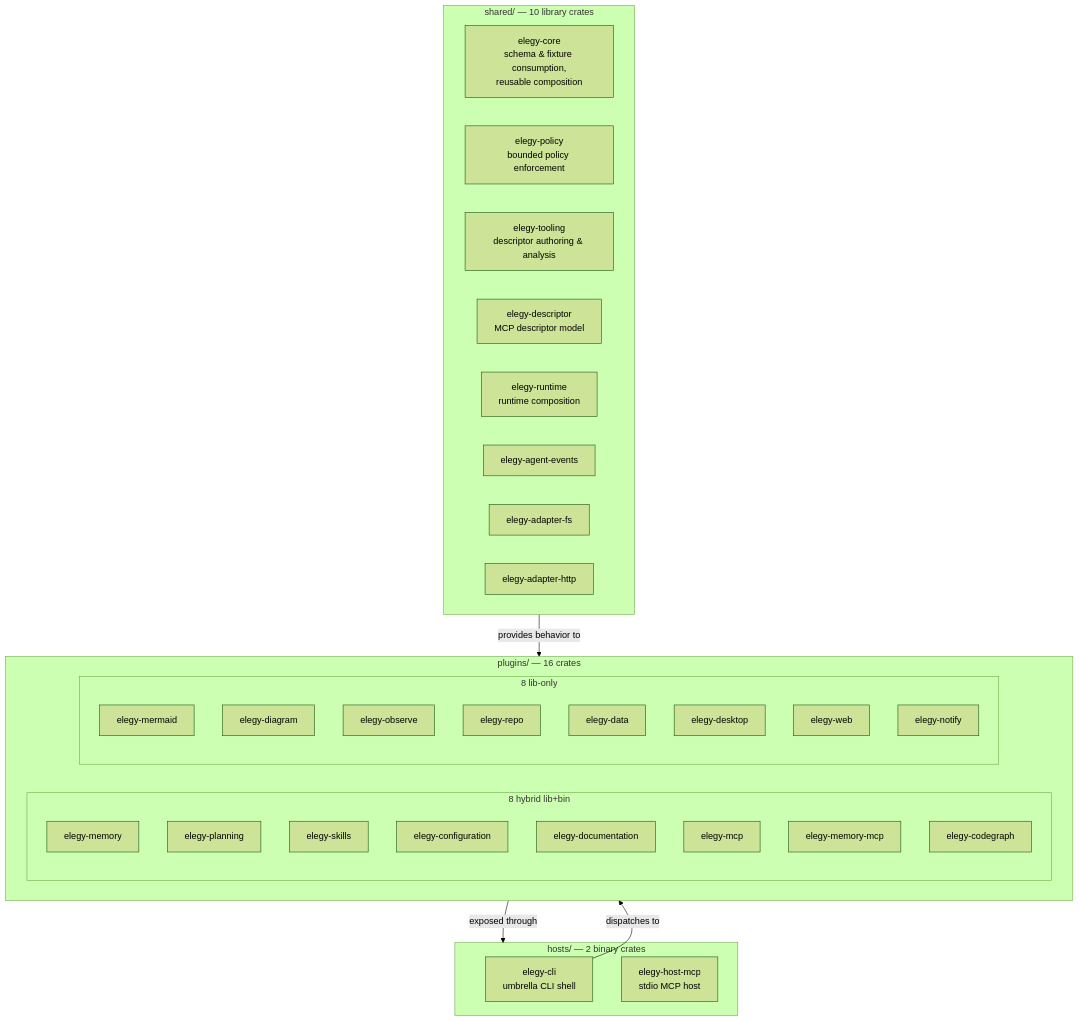
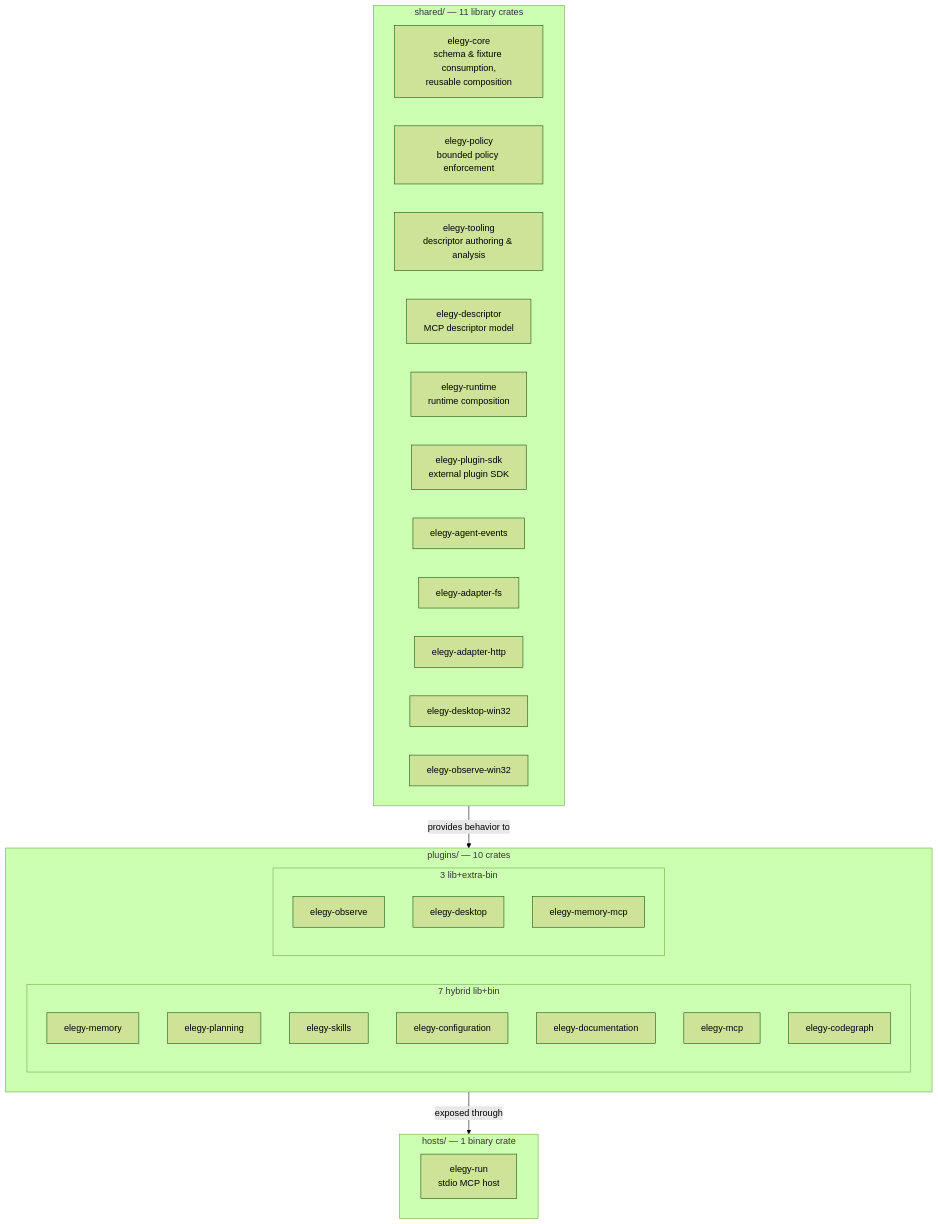
Before and after one commit to Sofreshx/Elegy: the first of 3 diagrams in docs/architecture/rust-consolidation.md, drawn with Mermaid (forest theme). The commit also changed other lines of this file and 64 other files, not shown here.

````diff
--- a/docs/architecture/rust-consolidation.md
+++ b/docs/architecture/rust-consolidation.md
@@ -25,46 +25,41 @@
 ```mermaid
 flowchart TD
-    subgraph shared["shared/ — 10 library crates"]
+    subgraph shared["shared/ — 11 library crates"]
         core["elegy-core\nschema & fixture consumption,\nreusable composition"]
         policy["elegy-policy\nbounded policy enforcement"]
         tooling["elegy-tooling\ndescriptor authoring & analysis"]
         descriptor["elegy-descriptor\nMCP descriptor model"]
         runtime["elegy-runtime\nruntime composition"]
+        plugin_sdk["elegy-plugin-sdk\nexternal plugin SDK"]
         agent_events["elegy-agent-events"]
         adapter_fs["elegy-adapter-fs"]
         adapter_http["elegy-adapter-http"]
+        desktop_win32["elegy-desktop-win32"]
+        observe_win32["elegy-observe-win32"]
     end
 
-    subgraph plugins["plugins/ — 16 crates"]
-        subgraph hybrid["8 hybrid lib+bin"]
+    subgraph plugins["plugins/ — 10 crates"]
+        subgraph hybrid["7 hybrid lib+bin"]
             mem["elegy-memory"]
             plan["elegy-planning"]
             skills_f["elegy-skills"]
             cfg["elegy-configuration"]
             docs_f["elegy-documentation"]
             mcp["elegy-mcp"]
-            mem_mcp["elegy-memory-mcp"]
             codegraph["elegy-codegraph"]
         end
 
-        subgraph libonly["8 lib-only"]
-            mermaid["elegy-mermaid"]
-            diagram["elegy-diagram"]
+        subgraph libplus["3 lib+extra-bin"]
             observe["elegy-observe"]
-            repo["elegy-repo"]
-            data["elegy-data"]
             desktop["elegy-desktop"]
-            web["elegy-web"]
-            notify["elegy-notify"]
+            mem_mcp["elegy-memory-mcp"]
         end
     end
 
-    subgraph hosts["hosts/ — 2 binary crates"]
-        cli["elegy-cli\numbrella CLI shell"]
-        host["elegy-host-mcp\nstdio MCP host"]
+    subgraph hosts["hosts/ — 1 binary crate"]
+        run["elegy-run\nstdio MCP host"]
     end
 
     shared -->|"provides behavior to"| plugins
     plugins -->|"exposed through"| hosts
-    cli -->|"dispatches to"| plugins
 ```
````
